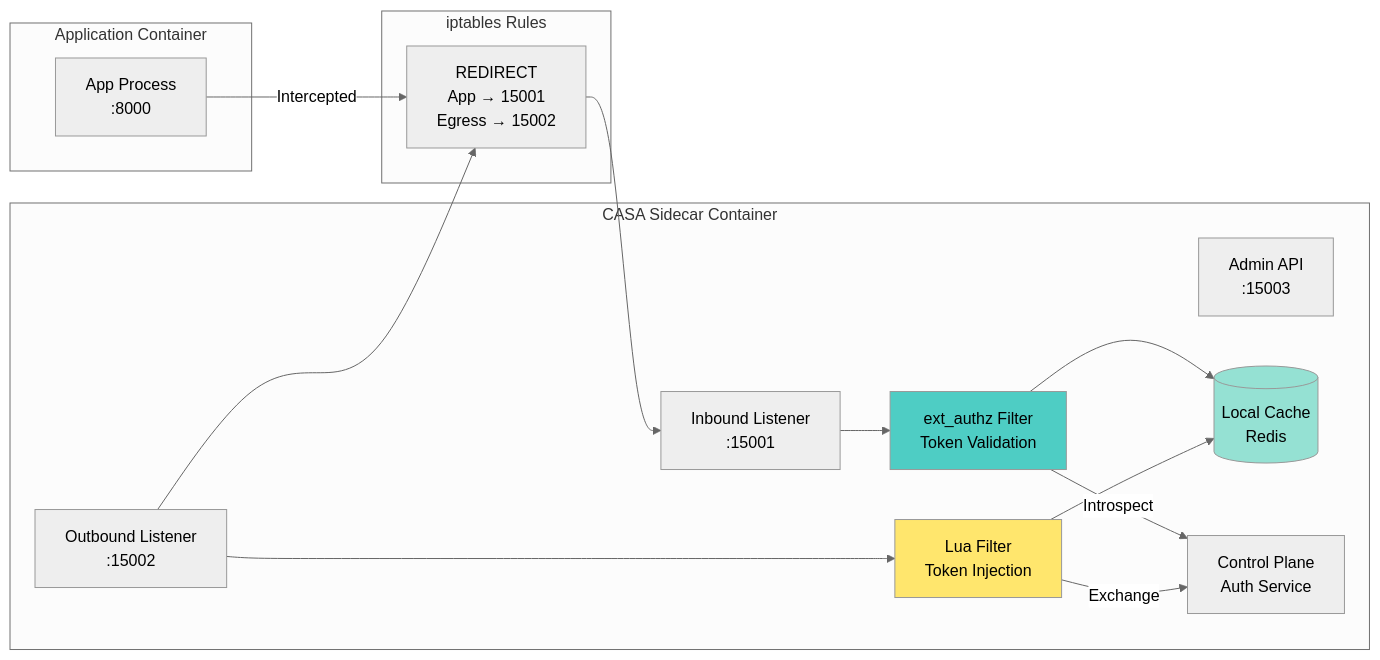
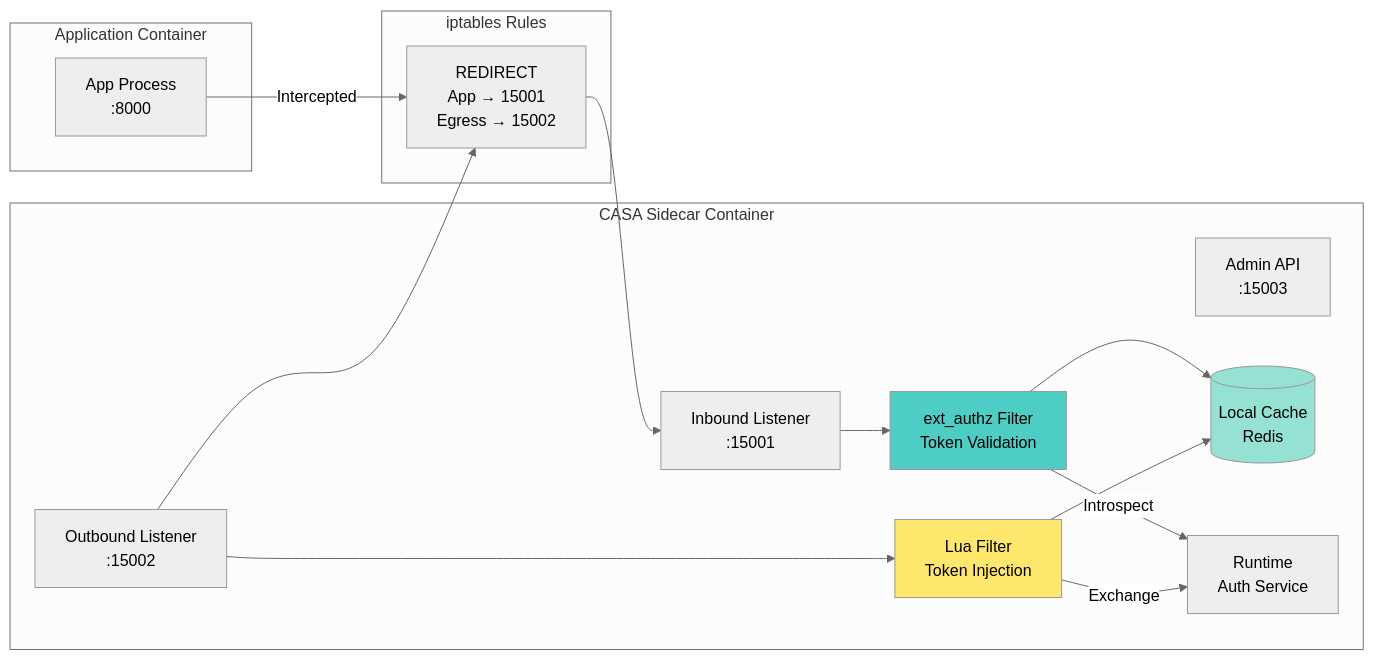
The fifth of 16 diagrams in docs/dev/specs/SPECS.md (outshift-open/CASA), drawn with Mermaid (neutral theme) before and after one commit. The commit also changed other lines of this file and 95 other files, not shown here.

````diff
--- a/docs/dev/specs/SPECS.md
+++ b/docs/dev/specs/SPECS.md
@@ -708,33 +708,33 @@
 ```mermaid
 graph LR
     subgraph "Application Container"
         APP[App Process<br/>:8000]
     end
 
     subgraph "CASA Sidecar Container"
         INBOUND[Inbound Listener<br/>:15001]
         OUTBOUND[Outbound Listener<br/>:15002]
         ADMIN[Admin API<br/>:15003]
 
         INBOUND --> AUTHZ[ext_authz Filter<br/>Token Validation]
         OUTBOUND --> INJECT[Lua Filter<br/>Token Injection]
 
         AUTHZ --> CACHE[(Local Cache<br/>Redis)]
         INJECT --> CACHE
 
-        AUTHZ -->|Introspect| CTRLPLANE[Control Plane<br/>Auth Service]
+        AUTHZ -->|Introspect| CTRLPLANE[Runtime<br/>Auth Service]
         INJECT -->|Exchange| CTRLPLANE
     end
 
     subgraph "iptables Rules"
         IPT[REDIRECT<br/>App → 15001<br/>Egress → 15002]
     end
 
     APP -->|Intercepted| IPT
     IPT --> INBOUND
     OUTBOUND --> IPT
 
     style AUTHZ fill:#4ecdc4
     style INJECT fill:#ffe66d
     style CACHE fill:#95e1d3
 ```
````
